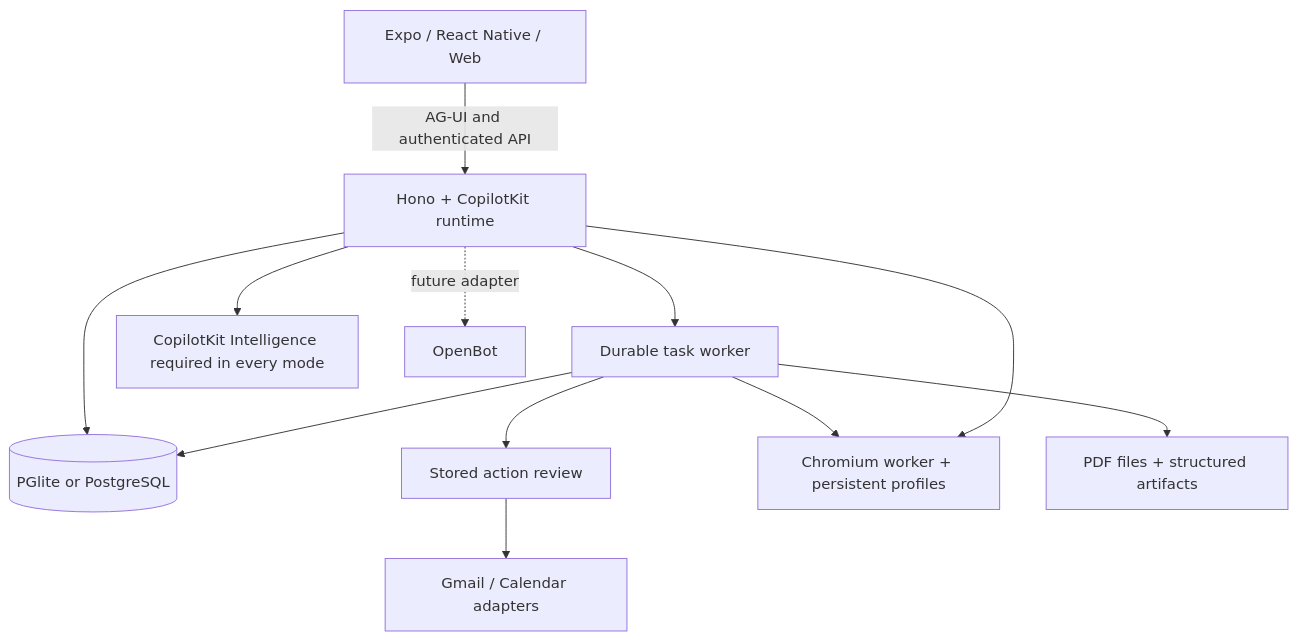
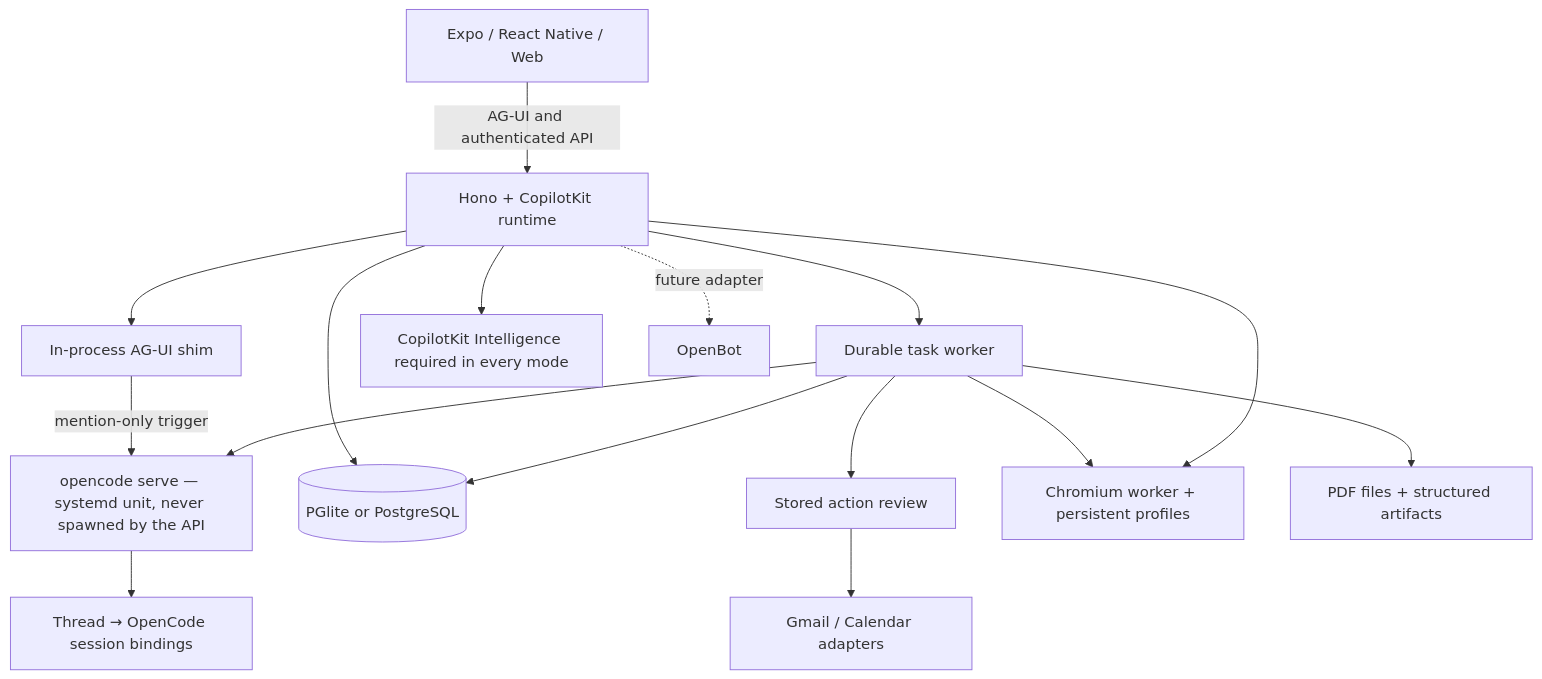
One commit to akshay-gup/openmuse changed the diagram in README.md. Above: the diagram before and after it, drawn with Mermaid. The commit also changed other lines of this file, not shown here.

````diff
--- a/README.md
+++ b/README.md
@@ -201,14 +184,18 @@
 ```mermaid
 flowchart TD
   Client[Expo / React Native / Web] -->|AG-UI and authenticated API| API[Hono + CopilotKit runtime]
+  API --> Shim[In-process AG-UI shim]
+  Shim -->|mention-only trigger| OpenCode[opencode serve — systemd unit, never spawned by the API]
+  OpenCode --> Sessions[Thread → OpenCode session bindings]
   API --> Tasks[Durable task worker]
+  Tasks --> OpenCode
   API --> Threads[CopilotKit Intelligence required in every mode]
   API --> Store[(PGlite or PostgreSQL)]
   Tasks --> Store
   Tasks --> Review[Stored action review]
   Review --> Google[Gmail / Calendar adapters]
   Tasks --> Browser[Chromium worker + persistent profiles]
   API --> Browser
   Tasks --> Files[PDF files + structured artifacts]
   API -. future adapter .-> OpenBot[OpenBot]
 ```
````
